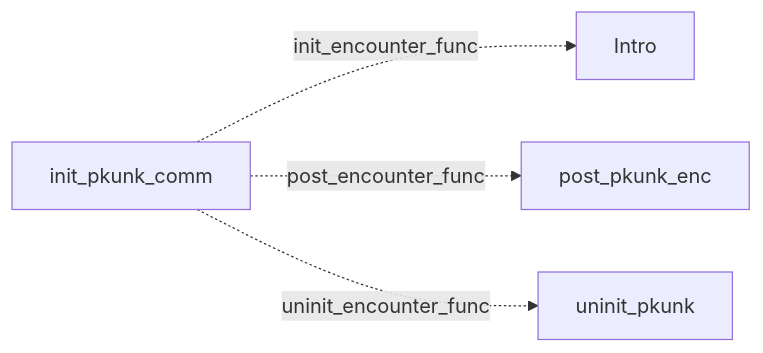
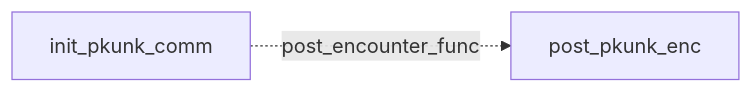
Before and after one commit to yost-jacob/uqm-cpp17: the diagram in docs/design/conversation/catalog/pkunk.md, drawn with Mermaid. The commit also changed other lines of this file and 77 other files, not shown here.

Commit message:
Migrate nine more stories and replace native turn stubs with graph lifecycle

````diff
--- a/docs/design/conversation/catalog/pkunk.md
+++ b/docs/design/conversation/catalog/pkunk.md
@@ -23,10 +21,6 @@
 ```mermaid
 flowchart LR
-    n0["Intro"]
-    n1["uninit_pkunk"]
-    n2["post_pkunk_enc"]
-    n3["init_pkunk_comm"]
-    n3 -. "init_encounter_func" .-> n0
-    n3 -. "post_encounter_func" .-> n2
-    n3 -. "uninit_encounter_func" .-> n1
+    n0["post_pkunk_enc"]
+    n1["init_pkunk_comm"]
+    n1 -. "post_encounter_func" .-> n0
 ```
````
